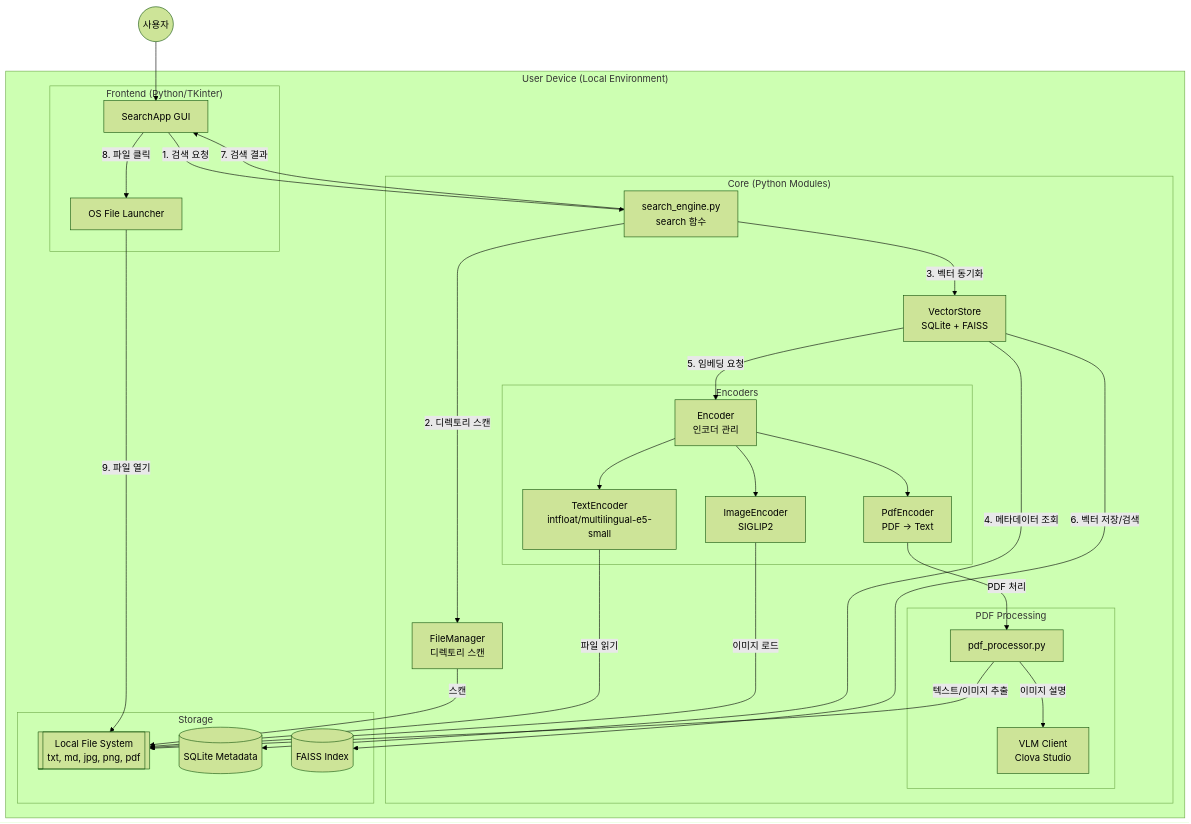
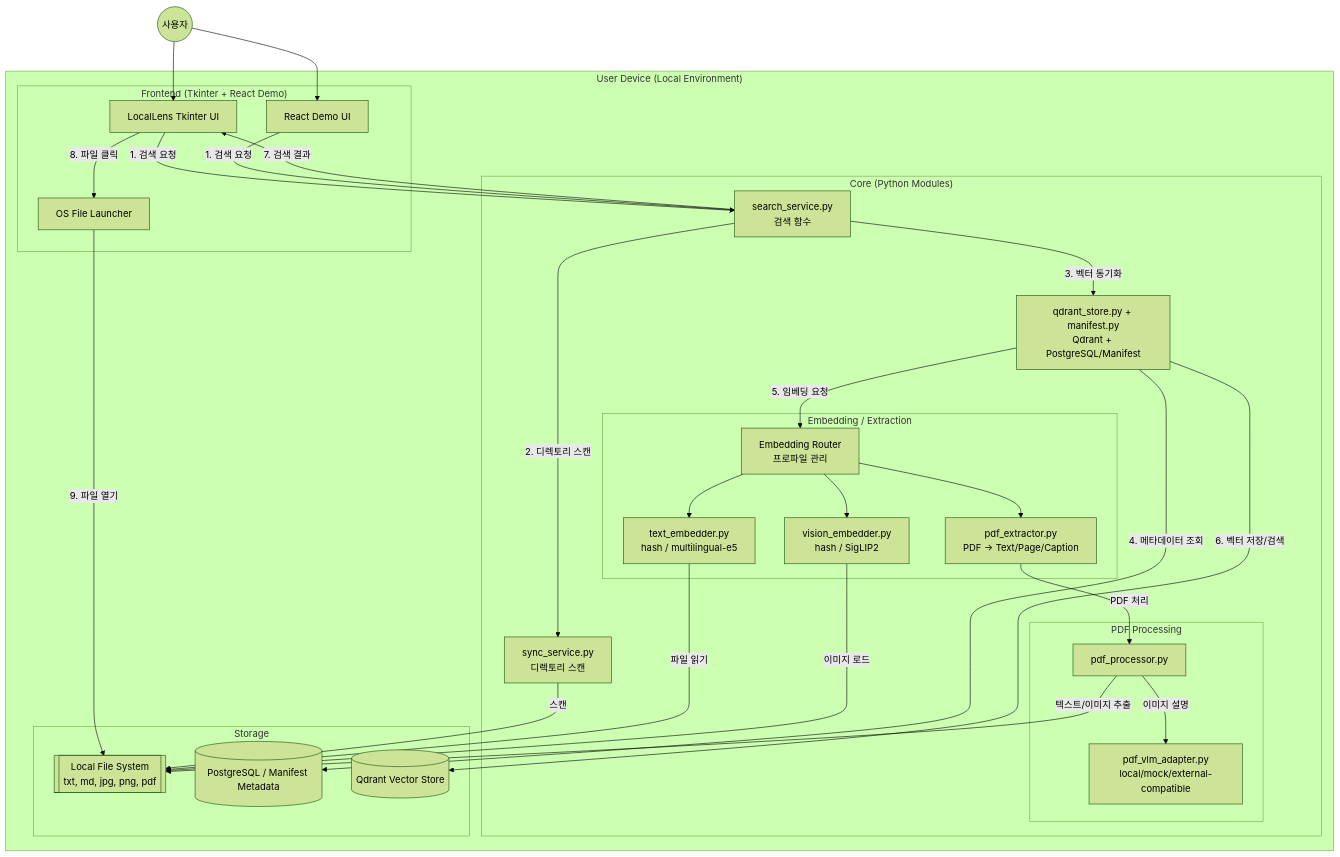
One commit to figure-2/LocalLens changed the first of 3 diagrams in README.md. Above: the diagram before and after it, drawn with Mermaid (forest theme). The commit also changed other lines of this file and 53 other files, not shown here.

Commit message:
docs: document AX architecture evaluation and public boundaries

````diff
--- a/README.md
+++ b/README.md
@@ -29,54 +39,57 @@
 ```mermaid
 graph TB
     subgraph "User Device (Local Environment)"
 
-        subgraph "Frontend (Python/TKinter)"
-            UI[SearchApp GUI]
+        subgraph "Frontend (Tkinter + React Demo)"
+            UI[LocalLens Tkinter UI]
+            WebUI[React Demo UI]
             Launcher[OS File Launcher]
         end
 
         subgraph "Core (Python Modules)"
-            Engine[search_engine.py<br/>search 함수]
-            FileMgr[FileManager<br/>디렉토리 스캔]
-            Store[VectorStore<br/>SQLite + FAISS]
+            Engine[search_service.py<br/>검색 함수]
+            FileMgr[sync_service.py<br/>디렉토리 스캔]
+            Store[qdrant_store.py + manifest.py<br/>Qdrant + PostgreSQL/Manifest]
 
-            subgraph "Encoders"
-                EncMain[Encoder<br/>인코더 관리]
-                EncText[TextEncoder<br/>intfloat/multilingual-e5-small]
-                EncImage[ImageEncoder<br/>SIGLIP2]
-                EncPdf[PdfEncoder<br/>PDF → Text]
+            subgraph "Embedding / Extraction"
+                EncMain[Embedding Router<br/>프로파일 관리]
+                EncText[text_embedder.py<br/>hash / multilingual-e5]
+                EncImage[vision_embedder.py<br/>hash / SigLIP2]
+                EncPdf[pdf_extractor.py<br/>PDF → Text/Page/Caption]
             end
 
-            subgraph "PDF Processing"
+        subgraph "PDF Processing"
                 PdfProc[pdf_processor.py]
-                VLM[VLM Client<br/>Clova Studio]
+                VLM[pdf_vlm_adapter.py<br/>local/mock/external-compatible]
             end
         end
 
         subgraph "Storage"
             Files[[Local File System<br/>txt, md, jpg, png, pdf]]
-            DB[(SQLite Metadata)]
-            FAISS[(FAISS Index)]
+            DB[(PostgreSQL / Manifest Metadata)]
+            VDB[(Qdrant Vector Store)]
         end
     end
 
     User((사용자)) --> UI
+    User --> WebUI
     UI -- "1. 검색 요청" --> Engine
+    WebUI -- "1. 검색 요청" --> Engine
     Engine -- "2. 디렉토리 스캔" --> FileMgr
     FileMgr -- "스캔" --> Files
     Engine -- "3. 벡터 동기화" --> Store
     Store -- "4. 메타데이터 조회" --> DB
     Store -- "5. 임베딩 요청" --> EncMain
     EncMain --> EncText
     EncMain --> EncImage
     EncMain --> EncPdf
     EncText -- "파일 읽기" --> Files
     EncImage -- "이미지 로드" --> Files
     EncPdf -- "PDF 처리" --> PdfProc
     PdfProc -- "텍스트/이미지 추출" --> Files
     PdfProc -- "이미지 설명" --> VLM
-    Store -- "6. 벡터 저장/검색" --> FAISS
+    Store -- "6. 벡터 저장/검색" --> VDB
     Engine -- "7. 검색 결과" --> UI
     UI -- "8. 파일 클릭" --> Launcher
     Launcher -- "9. 파일 열기" --> Files
 ```
````
